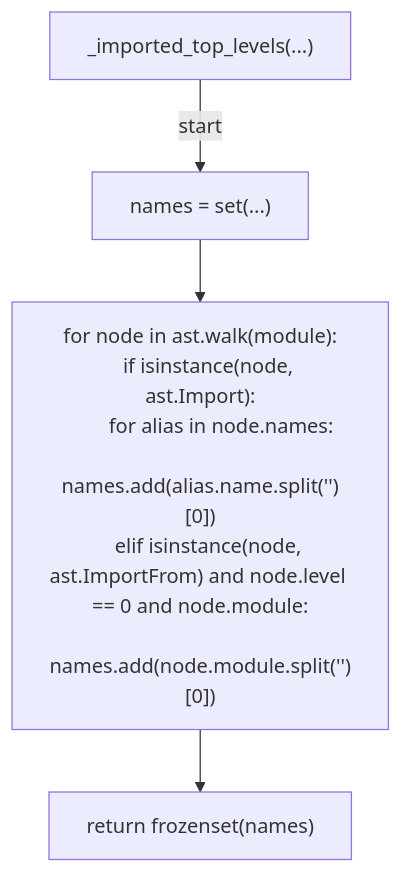
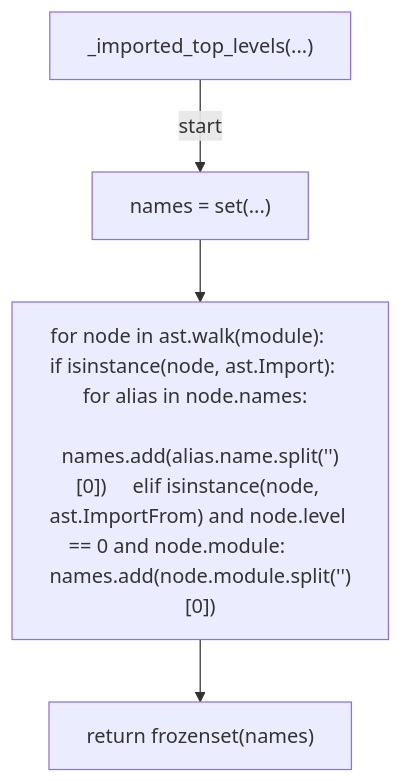
One commit to tvna/claude-md changed the third of 13 diagrams in docs/generated/scripts/ast/script_dependency_graph.md. Above: the diagram before and after it, drawn with Mermaid. The commit also changed other lines of this file and 23 other files, not shown here.

First line of the commit message:
docs(generated): regenerate decision tree and workflow diagrams (batch 4/5)

````diff
--- a/docs/generated/scripts/ast/script_dependency_graph.md
+++ b/docs/generated/scripts/ast/script_dependency_graph.md
@@ -31,15 +31,10 @@
 ```mermaid
 flowchart TD
     N001["_imported_top_levels(...)"]
     N002["names = set(...)"]
-    N003["for node in ast.walk(module):
-    if isinstance(node, ast.Import):
-        for alias in node.names:
-            names.add(alias.name.split('<str>')[0])
-    elif isinstance(node, ast.ImportFrom) and node.level == 0 and node.module:
-        names.add(node.module.split('<str>')[0])"]
+    N003["for node in ast.walk(module):     if isinstance(node, ast.Import):         for alias in node.names:             names.add(alias.name.split('<str>')[0])     elif isinstance(node, ast.ImportFrom) and node.level == 0 and node.module:         names.add(node.module.split('<str>')[0])"]
     N004["return frozenset(names)"]
     N001 -->|"start"| N002
     N002 --> N003
     N003 --> N004
 ```
````
